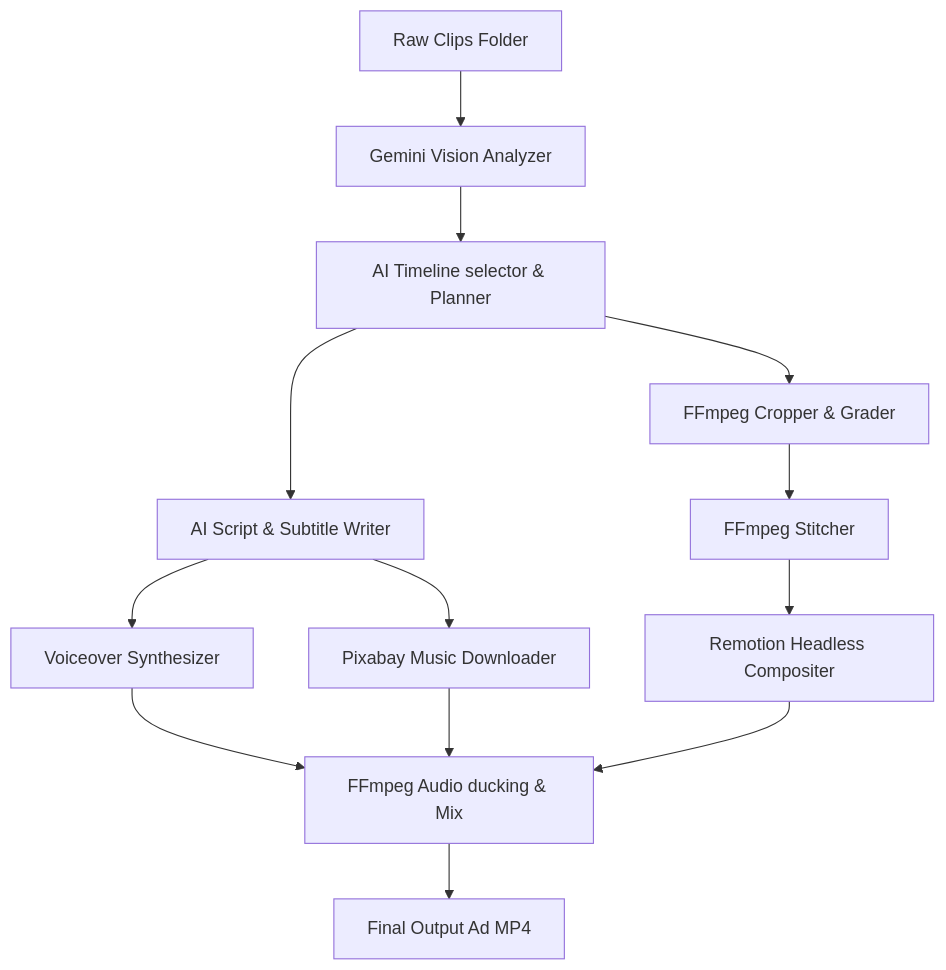
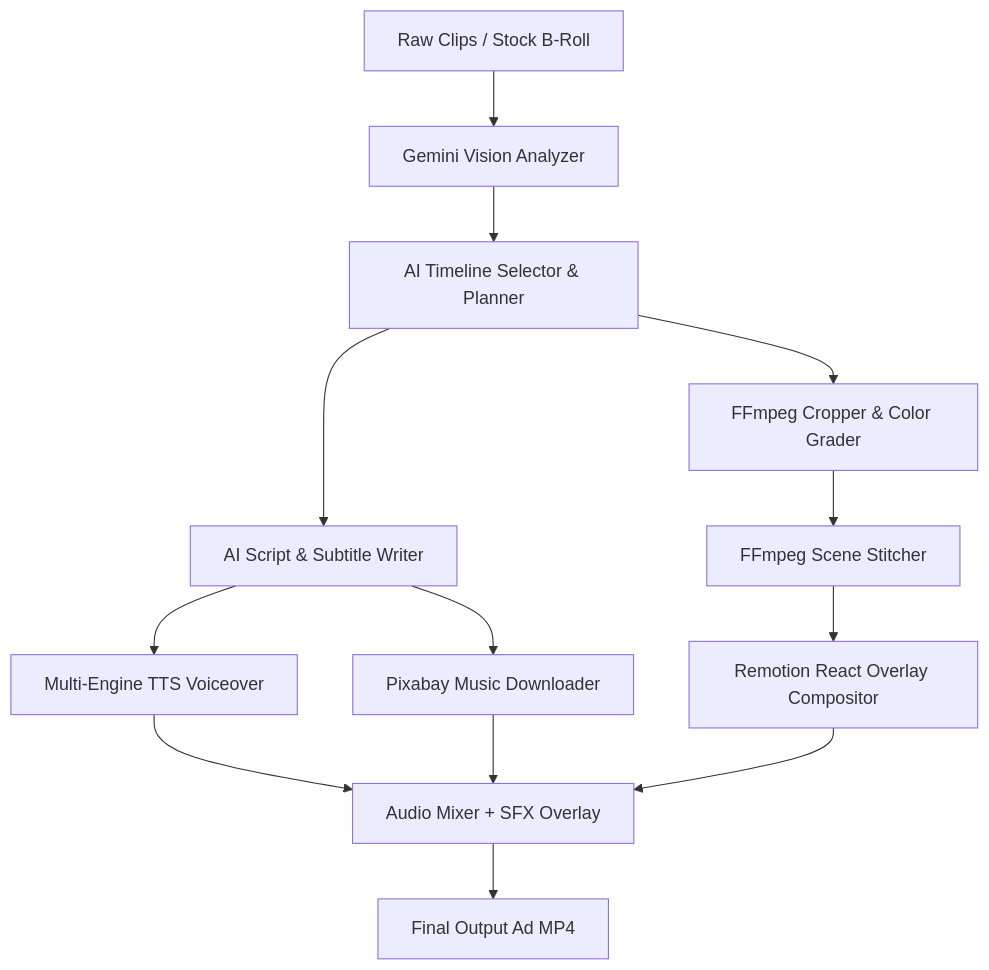
One commit to HamzaSbay/AdForge changed the diagram in README.md. Above: the diagram before and after it, drawn with Mermaid. The commit also changed other lines of this file, not shown here.

````diff
--- a/README.md
+++ b/README.md
@@ -38,13 +42,13 @@
 ```mermaid
 graph TD
-    A[Raw Clips Folder] --> B[Gemini Vision Analyzer]
-    B --> C[AI Timeline selector & Planner]
+    A[Raw Clips / Stock B-Roll] --> B[Gemini Vision Analyzer]
+    B --> C[AI Timeline Selector & Planner]
     C --> D[AI Script & Subtitle Writer]
-    D --> E[Voiceover Synthesizer]
+    D --> E[Multi-Engine TTS Voiceover]
     D --> F[Pixabay Music Downloader]
-    C --> G[FFmpeg Cropper & Grader]
-    G --> H[FFmpeg Stitcher]
-    H --> I[Remotion Headless Compositer]
-    E & F & I --> J[FFmpeg Audio ducking & Mix]
+    C --> G[FFmpeg Cropper & Color Grader]
+    G --> H[FFmpeg Scene Stitcher]
+    H --> I[Remotion React Overlay Compositor]
+    E & F & I --> J[Audio Mixer + SFX Overlay]
     J --> K[Final Output Ad MP4]
 ```
````
